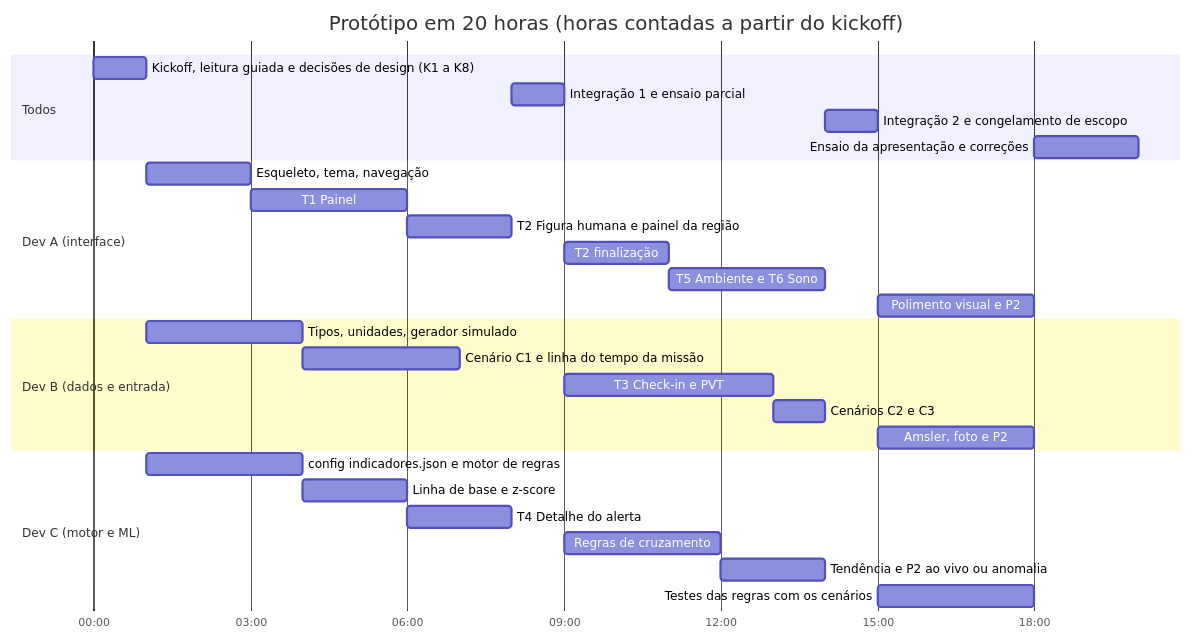
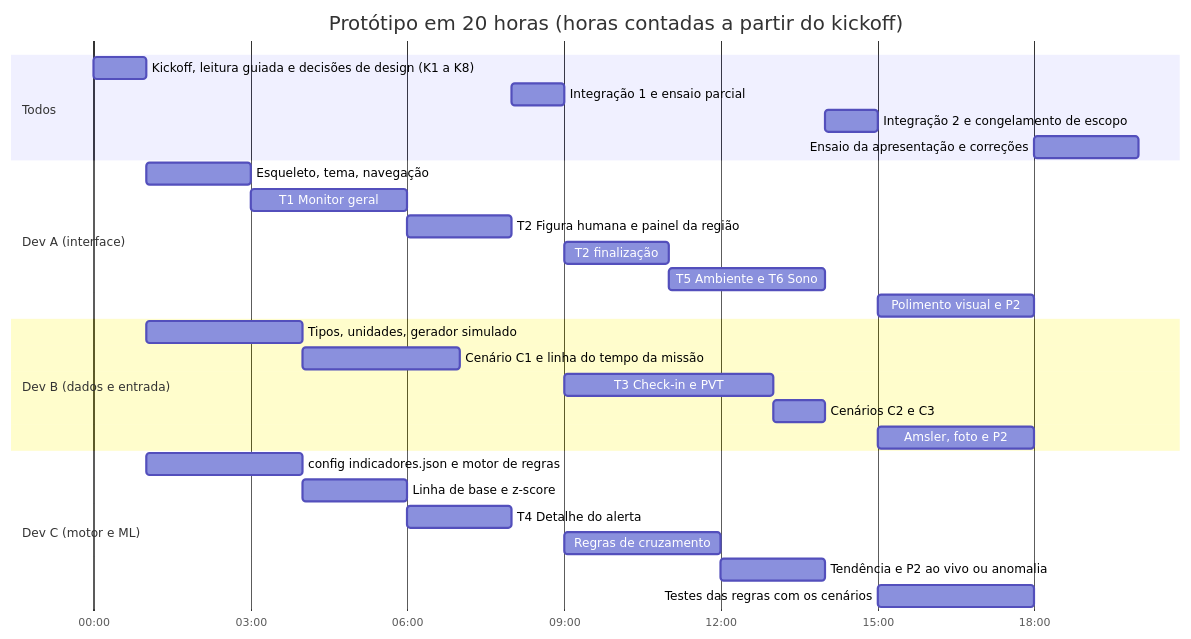
One commit to edwardmguel/orbit-saude-astronautas changed the diagram in docs/08-plano-prototipo-20h.md. Above: the diagram before and after it, drawn with Mermaid. The commit also changed other lines of this file and 5 other files, not shown here.

First line of the commit message:
Monitor geral da tripulação como tela inicial

````diff
--- a/docs/08-plano-prototipo-20h.md
+++ b/docs/08-plano-prototipo-20h.md
@@ -47,31 +49,31 @@
 ```mermaid
 gantt
   dateFormat HH:mm
   axisFormat %H:%M
   title Protótipo em 20 horas (horas contadas a partir do kickoff)
   section Todos
   Kickoff, leitura guiada e decisões de design (K1 a K8) :k, 00:00, 1h
   Integração 1 e ensaio parcial :i1, 08:00, 1h
   Integração 2 e congelamento de escopo :i2, 14:00, 1h
   Ensaio da apresentação e correções :e, 18:00, 2h
   section Dev A (interface)
   Esqueleto, tema, navegação :a1, 01:00, 2h
-  T1 Painel :a2, 03:00, 3h
+  T1 Monitor geral :a2, 03:00, 3h
   T2 Figura humana e painel da região :a3, 06:00, 2h
   T2 finalização :a4, 09:00, 2h
   T5 Ambiente e T6 Sono :a5, 11:00, 3h
   Polimento visual e P2 :a6, 15:00, 3h
   section Dev B (dados e entrada)
   Tipos, unidades, gerador simulado :b1, 01:00, 3h
   Cenário C1 e linha do tempo da missão :b2, 04:00, 3h
   T3 Check-in e PVT :b3, 09:00, 4h
   Cenários C2 e C3 :b4, 13:00, 1h
   Amsler, foto e P2 :b5, 15:00, 3h
   section Dev C (motor e ML)
   config indicadores.json e motor de regras :c1, 01:00, 3h
   Linha de base e z-score :c2, 04:00, 2h
   T4 Detalhe do alerta :c3, 06:00, 2h
   Regras de cruzamento :c4, 09:00, 3h
   Tendência e P2 ao vivo ou anomalia :c5, 12:00, 2h
   Testes das regras com os cenários :c6, 15:00, 3h
 ```
````
